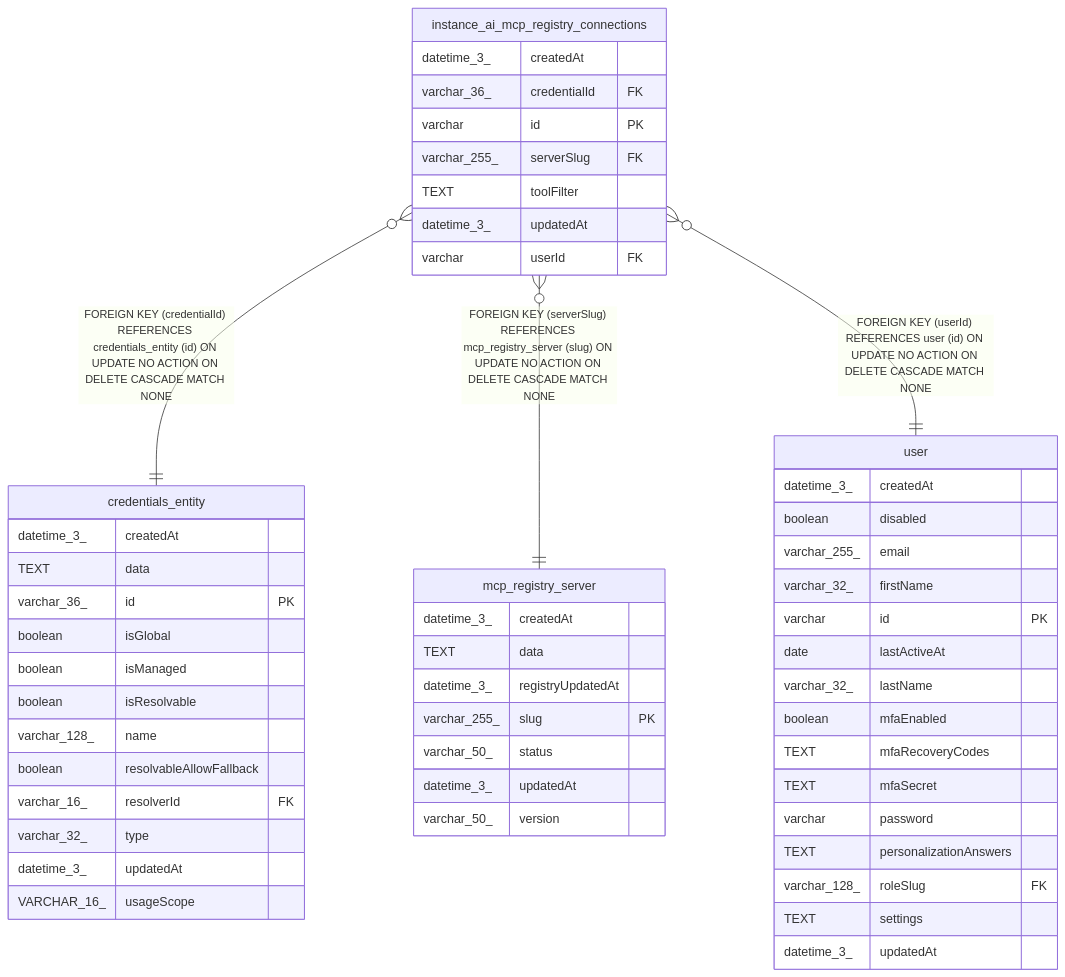
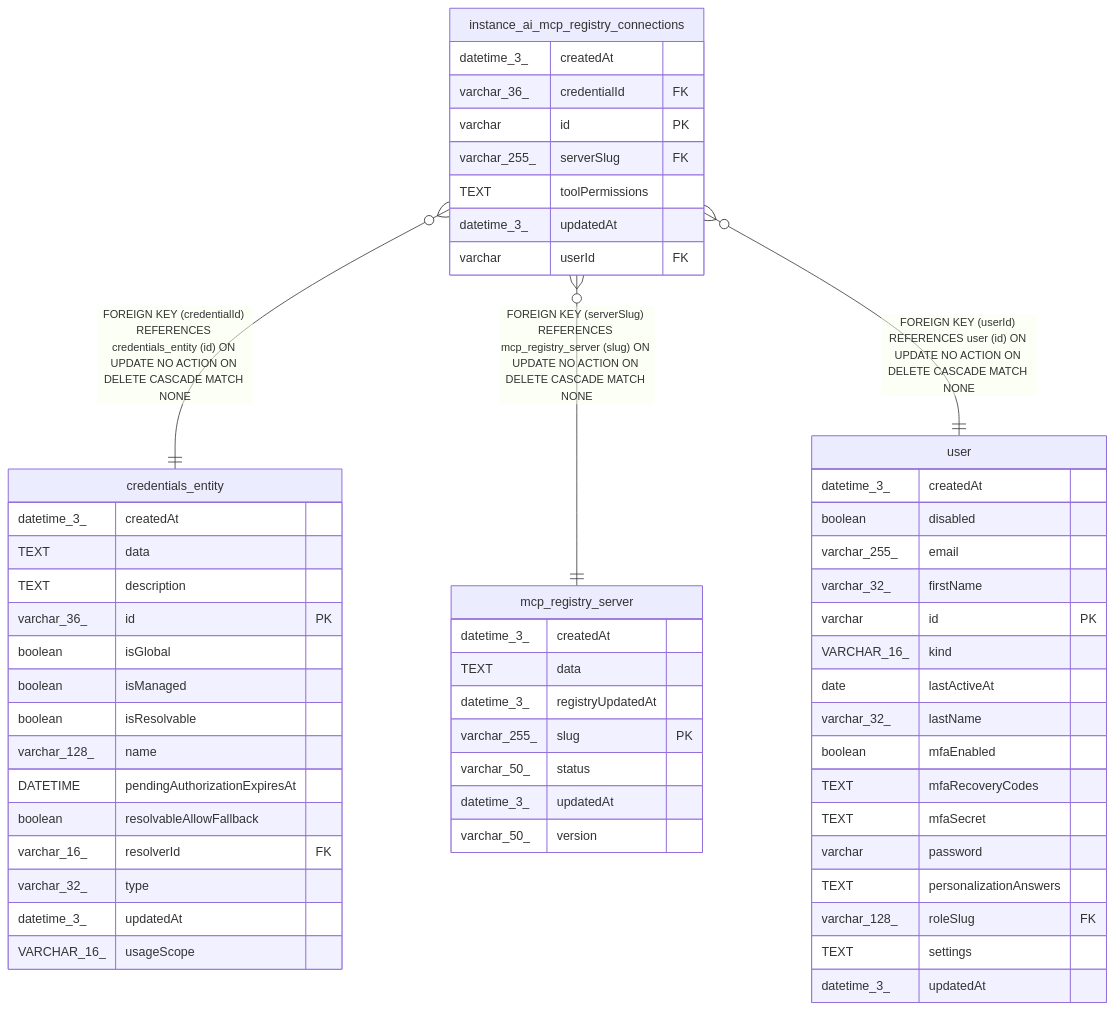
The diagram in n8n_integration/n8n_source/docs/generated/sqlite-schema/instance_ai_mcp_registry_connections.md (koreatest12/studys), drawn with Mermaid before and after one commit. The commit also changed other lines of this file and 23019 other files, not shown here.

````diff
--- a/n8n_integration/n8n_source/docs/generated/sqlite-schema/instance_ai_mcp_registry_connections.md
+++ b/n8n_integration/n8n_source/docs/generated/sqlite-schema/instance_ai_mcp_registry_connections.md
@@ -45,57 +45,60 @@
 ```mermaid
 erDiagram
 
 "instance_ai_mcp_registry_connections" }o--|| "credentials_entity" : "FOREIGN KEY (credentialId) REFERENCES credentials_entity (id) ON UPDATE NO ACTION ON DELETE CASCADE MATCH NONE"
 "instance_ai_mcp_registry_connections" }o--|| "mcp_registry_server" : "FOREIGN KEY (serverSlug) REFERENCES mcp_registry_server (slug) ON UPDATE NO ACTION ON DELETE CASCADE MATCH NONE"
 "instance_ai_mcp_registry_connections" }o--|| "user" : "FOREIGN KEY (userId) REFERENCES user (id) ON UPDATE NO ACTION ON DELETE CASCADE MATCH NONE"
 
 "instance_ai_mcp_registry_connections" {
   datetime_3_ createdAt
   varchar_36_ credentialId FK
   varchar id PK
   varchar_255_ serverSlug FK
-  TEXT toolFilter
+  TEXT toolPermissions
   datetime_3_ updatedAt
   varchar userId FK
 }
 "credentials_entity" {
   datetime_3_ createdAt
   TEXT data
+  TEXT description
   varchar_36_ id PK
   boolean isGlobal
   boolean isManaged
   boolean isResolvable
   varchar_128_ name
+  DATETIME pendingAuthorizationExpiresAt
   boolean resolvableAllowFallback
   varchar_16_ resolverId FK
   varchar_32_ type
   datetime_3_ updatedAt
   VARCHAR_16_ usageScope
 }
 "mcp_registry_server" {
   datetime_3_ createdAt
   TEXT data
   datetime_3_ registryUpdatedAt
   varchar_255_ slug PK
   varchar_50_ status
   datetime_3_ updatedAt
   varchar_50_ version
 }
 "user" {
   datetime_3_ createdAt
   boolean disabled
   varchar_255_ email
   varchar_32_ firstName
   varchar id PK
+  VARCHAR_16_ kind
   date lastActiveAt
   varchar_32_ lastName
   boolean mfaEnabled
   TEXT mfaRecoveryCodes
   TEXT mfaSecret
   varchar password
   TEXT personalizationAnswers
   varchar_128_ roleSlug FK
   TEXT settings
   datetime_3_ updatedAt
 }
 ```
````
